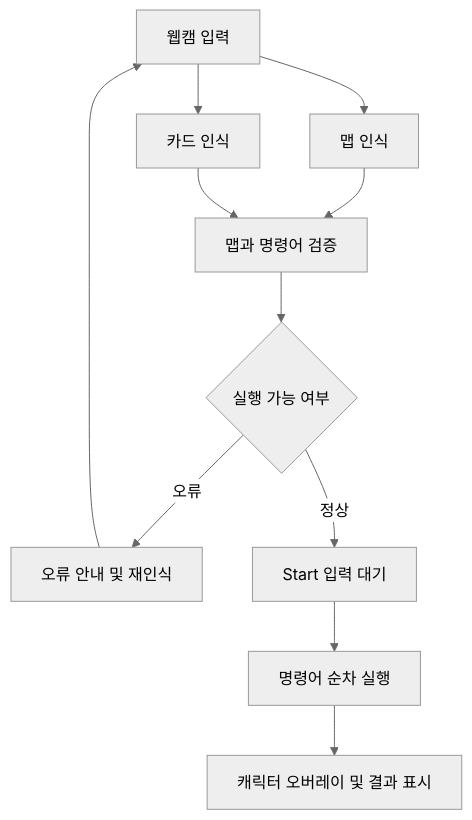
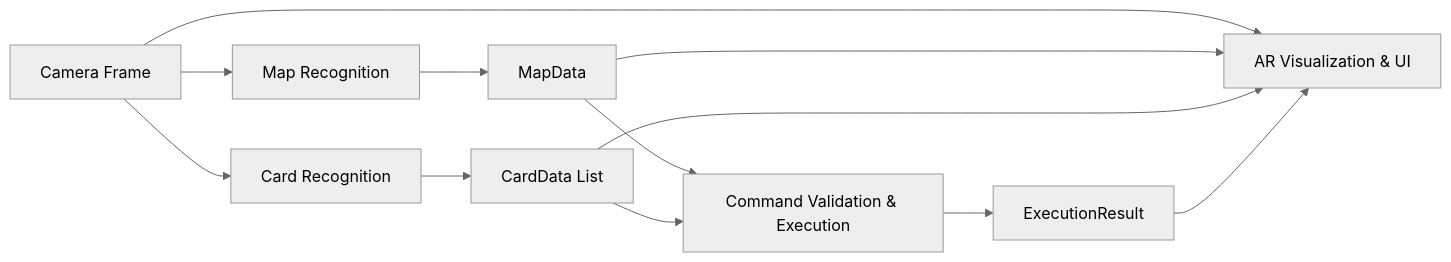
Before and after one commit to kda5337/basic_vision_card_road: the diagram in README.md, drawn with Mermaid (neutral theme). The commit also changed other lines of this file, not shown here.

````diff
--- a/README.md
+++ b/README.md
@@ -99,13 +119,14 @@
 ```mermaid
-flowchart TD
-    A[웹캠 입력] --> B[맵 인식]
-    A --> C[카드 인식]
-    B --> D[맵과 명령어 검증]
-    C --> D
-    D --> E{실행 가능 여부}
-    E -->|오류| F[오류 안내 및 재인식]
-    F --> A
-    E -->|정상| G[Start 입력 대기]
-    G --> H[명령어 순차 실행]
-    H --> I[캐릭터 오버레이 및 결과 표시]
+flowchart LR
+    A[Camera Frame] --> B[Map Recognition]
+    A --> C[Card Recognition]
+    B --> D[MapData]
+    C --> E[CardData List]
+    D --> F[Command Validation & Execution]
+    E --> F
+    F --> G[ExecutionResult]
+    A --> H[AR Visualization & UI]
+    D --> H
+    E --> H
+    G --> H
 ```
````
